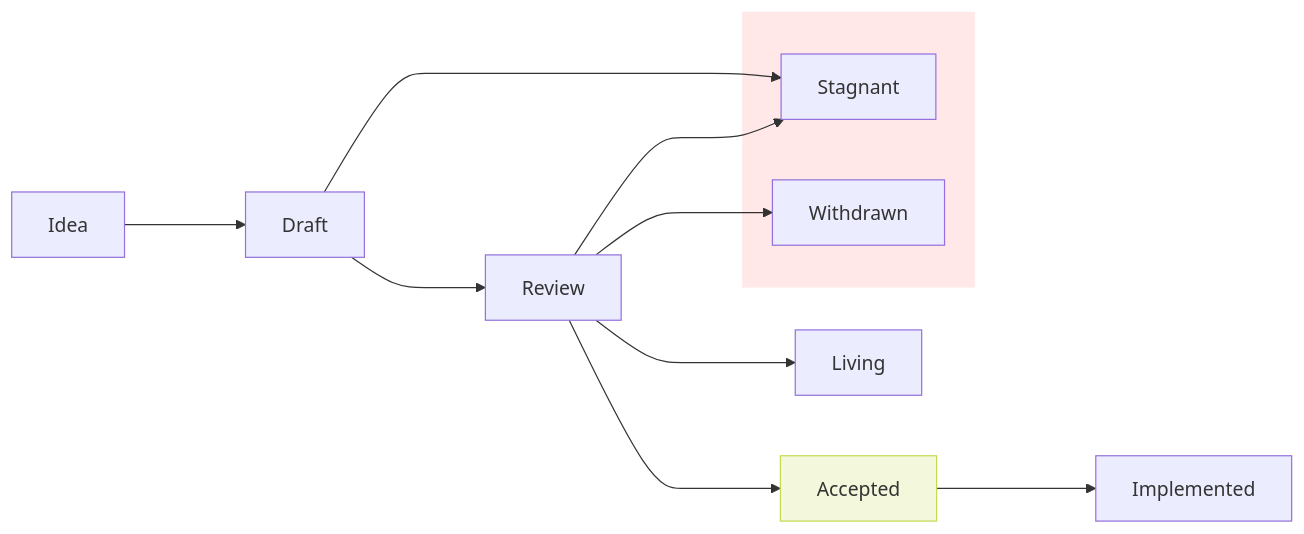
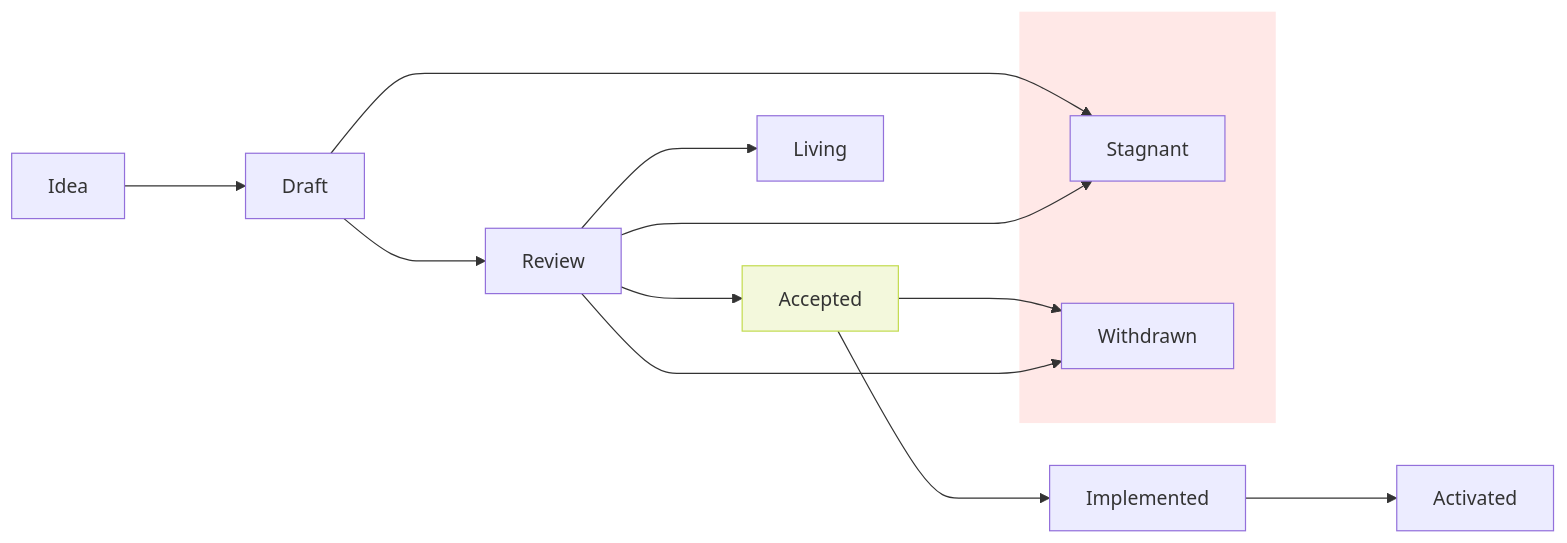
One commit to solana-foundation/solana-improvement-documents changed the diagram in proposals/0001-simd-process.md. Above: the diagram before and after it, drawn with Mermaid. The commit also changed other lines of this file, not shown here.

Commit message:
add mermaid chart line from Accepted to Withdrawn

````diff
--- a/proposals/0001-simd-process.md
+++ b/proposals/0001-simd-process.md
@@ -89,25 +89,27 @@
 ```mermaid
 flowchart LR
   Idea
   Draft
   Review
   Accepted
 
   subgraph fail[&nbsp];
     Stagnant
     Withdrawn
   end
 
   style fail fill:#ffe8e7,stroke:none
   style Accepted fill:#f3f8dc,stroke:#c3db50;
 
   Idea ---> Draft;
   Draft ---> Review;
   Review ---> Accepted;
-  Accepted ---> Implemented
+  Accepted ---> Implemented;
+  Implemented ---> Activated;
   Review ---> Living;
+  Accepted ---> Withdrawn;
 
   Draft ---> Stagnant;
   Review ---> Stagnant;
   Review ---> Withdrawn;
 ```
````
